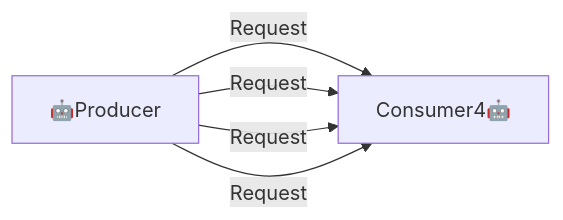
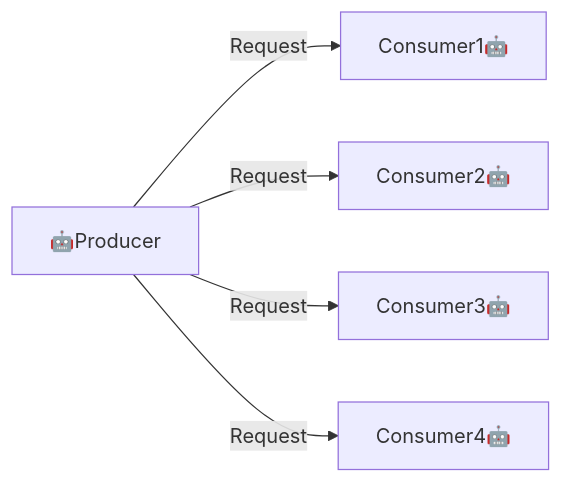
The third of 3 diagrams in week04/README.md (mossdet/mlops-dlp), drawn with Mermaid before and after one commit.

````diff
--- a/week04/README.md
+++ b/week04/README.md
@@ -44,7 +44,7 @@
 ```mermaid
 graph LR
     Producer[🤖Producer]--> |Request| Consumer1[Consumer1🤖]
-    Producer[🤖Producer]--> |Request| Consumer1[Consumer2🤖]
-    Producer[🤖Producer]--> |Request| Consumer1[Consumer3🤖]
-    Producer[🤖Producer]--> |Request| Consumer1[Consumer4🤖]
+    Producer[🤖Producer]--> |Request| Consumer2[Consumer2🤖]
+    Producer[🤖Producer]--> |Request| Consumer3[Consumer3🤖]
+    Producer[🤖Producer]--> |Request| Consumer4[Consumer4🤖]
 ```
````
